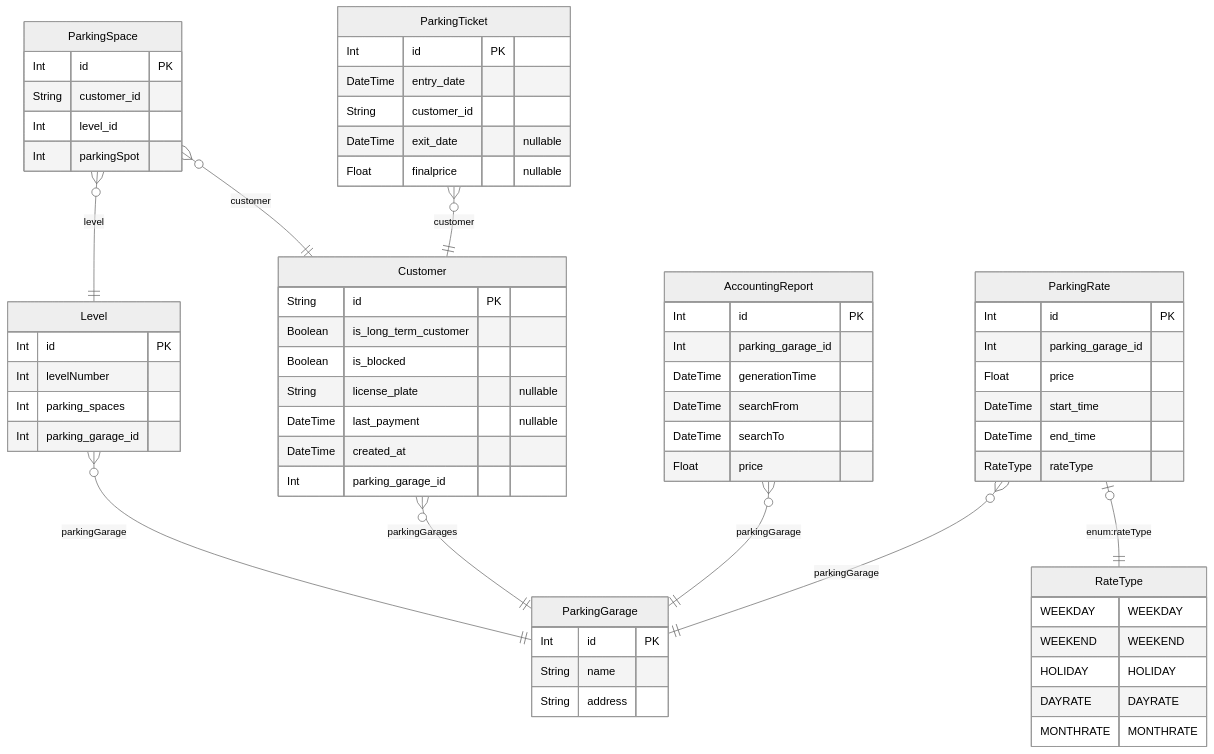
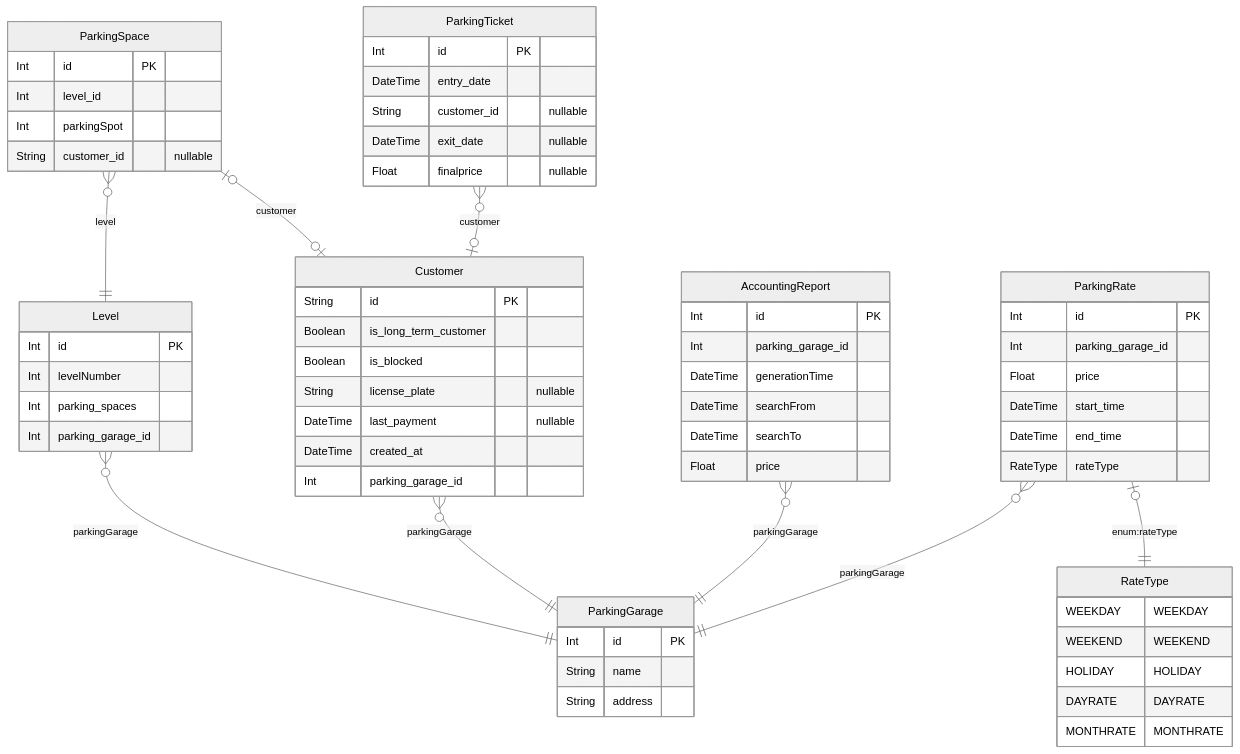
The diagram in documentation/erd.md (DaAlbrecht/parking-garage), drawn with Mermaid (neutral theme) before and after one commit. The commit also changed 30 other files, not shown here.

````diff
--- a/documentation/erd.md
+++ b/documentation/erd.md
@@ -1,82 +1,82 @@
 ```mermaid
 erDiagram
 
         RateType {
             WEEKDAY WEEKDAY
 WEEKEND WEEKEND
 HOLIDAY HOLIDAY
 DAYRATE DAYRATE
 MONTHRATE MONTHRATE
         }
     
   ParkingGarage {
     Int id PK 
     String name  
     String address  
     }
   
 
   Level {
     Int id PK 
     Int levelNumber  
     Int parking_spaces  
     Int parking_garage_id  
     }
   
 
   ParkingSpace {
     Int id PK 
-    String customer_id  
     Int level_id  
     Int parkingSpot  
+    String customer_id  "nullable"
     }
   
 
   Customer {
     String id PK 
     Boolean is_long_term_customer  
     Boolean is_blocked  
     String license_plate  "nullable"
     DateTime last_payment  "nullable"
     DateTime created_at  
     Int parking_garage_id  
     }
   
 
   AccountingReport {
     Int id PK 
     Int parking_garage_id  
     DateTime generationTime  
     DateTime searchFrom  
     DateTime searchTo  
     Float price  
     }
   
 
   ParkingTicket {
     Int id PK 
     DateTime entry_date  
-    String customer_id  
+    String customer_id  "nullable"
     DateTime exit_date  "nullable"
     Float finalprice  "nullable"
     }
   
 
   ParkingRate {
     Int id PK 
     Int parking_garage_id  
     Float price  
     DateTime start_time  
     DateTime end_time  
     RateType rateType  
     }
   
     Level o{--|| ParkingGarage : "parkingGarage"
-    ParkingSpace o{--|| Customer : "customer"
     ParkingSpace o{--|| Level : "level"
-    Customer o{--|| ParkingGarage : "parkingGarages"
+    ParkingSpace o|--|o Customer : "customer"
+    Customer o{--|| ParkingGarage : "parkingGarage"
     AccountingReport o{--|| ParkingGarage : "parkingGarage"
-    ParkingTicket o{--|| Customer : "customer"
+    ParkingTicket o{--|o Customer : "customer"
     ParkingRate o{--|| ParkingGarage : "parkingGarage"
     ParkingRate o|--|| RateType : "enum:rateType"
 ```
````
